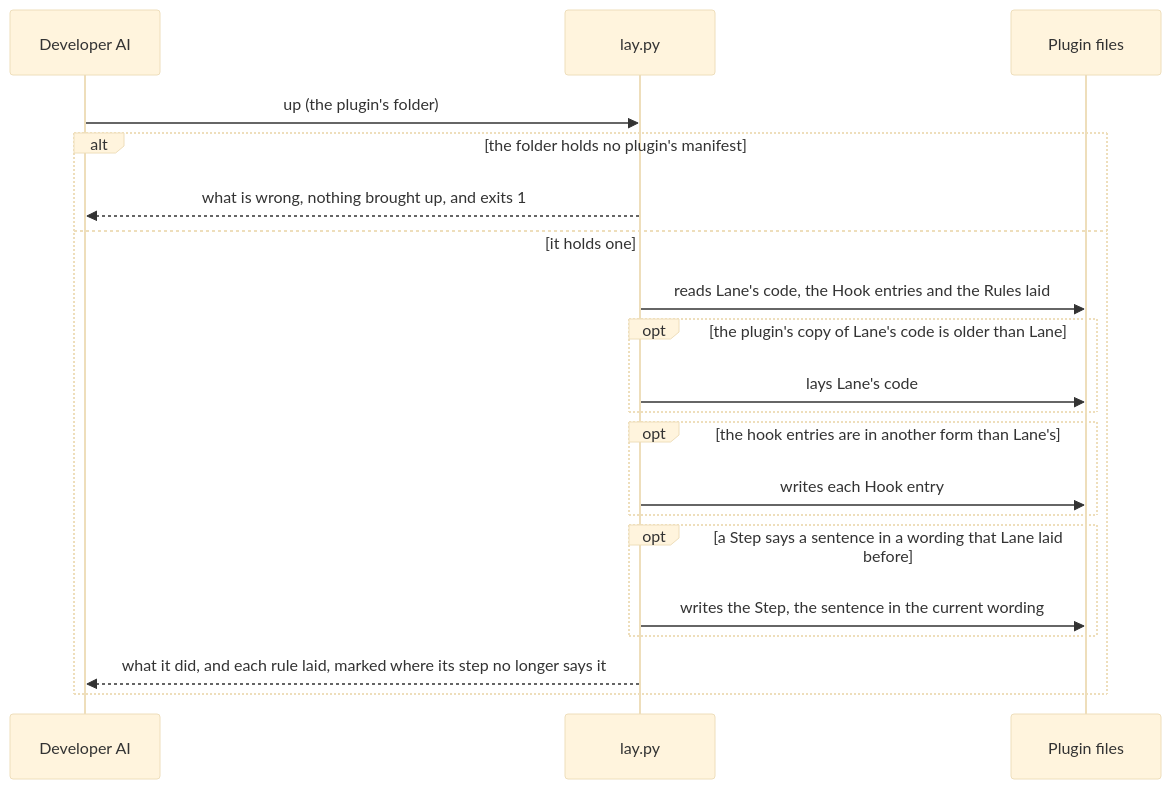
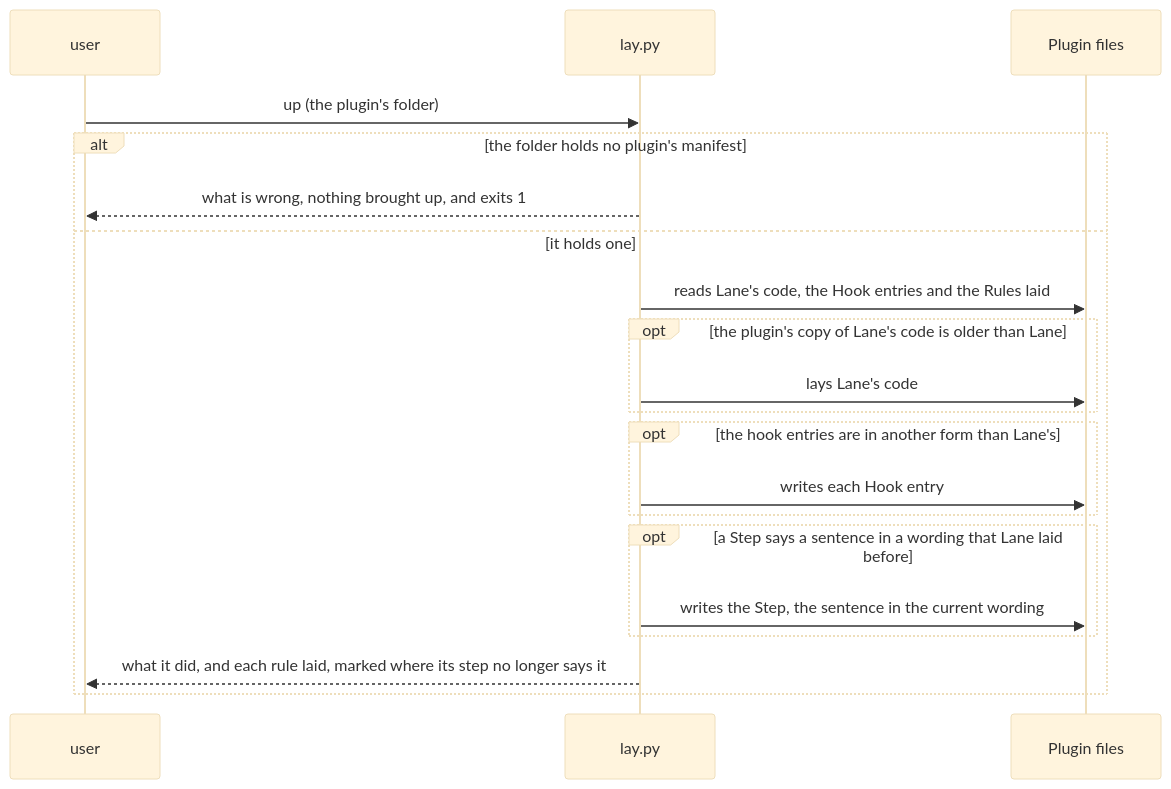
Before and after one commit to lovaizu/ccpm: the seventh of 7 diagrams in dev/lane/architecture.md, drawn with Mermaid (base theme). The commit also changed other lines of this file and 5 other files, not shown here.

````diff
--- a/dev/lane/architecture.md
+++ b/dev/lane/architecture.md
@@ -597,22 +631,22 @@
 ```mermaid
 sequenceDiagram
-  participant DA as Developer AI
+  participant U as user
   participant L as lay.py
   participant PF as Plugin files
-  DA->>L: up (the plugin's folder)
+  U->>L: up (the plugin's folder)
   alt the folder holds no plugin's manifest
-    L-->>DA: what is wrong, nothing brought up, and exits 1
+    L-->>U: what is wrong, nothing brought up, and exits 1
   else it holds one
     L->>PF: reads Lane's code, the Hook entries and the Rules laid
     opt the plugin's copy of Lane's code is older than Lane
       L->>PF: lays Lane's code
     end
     opt the hook entries are in another form than Lane's
       L->>PF: writes each Hook entry
     end
     opt a Step says a sentence in a wording that Lane laid before
       L->>PF: writes the Step, the sentence in the current wording
     end
-    L-->>DA: what it did, and each rule laid, marked where its step no longer says it
+    L-->>U: what it did, and each rule laid, marked where its step no longer says it
   end
 ```
````
